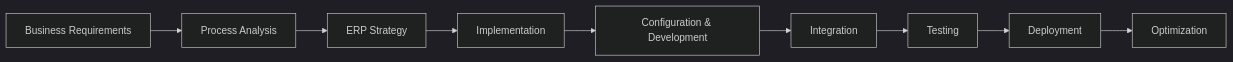
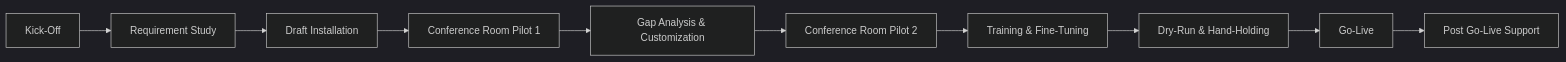
Before and after one commit to obaidmasoom/obaidmasoom: the diagram in README.md, drawn with Mermaid (dark theme). The commit also changed other lines of this file, not shown here.

````diff
--- a/README.md
+++ b/README.md
@@ -24,11 +25,12 @@
 ```mermaid
 flowchart LR
-    A[Business Requirements] --> B[Process Analysis]
-    B --> C[ERP Strategy]
-    C --> D[Implementation]
-    D --> E[Configuration & Development]
-    E --> F[Integration]
-    F --> G[Testing]
-    G --> H[Deployment]
-    H --> I[Optimization]
+    A[Kick-Off] --> B[Requirement Study]
+    B --> C[Draft Installation]
+    C --> D[Conference Room Pilot 1]
+    D --> E[Gap Analysis & Customization]
+    E --> F[Conference Room Pilot 2]
+    F --> G[Training & Fine-Tuning]
+    G --> H[Dry-Run & Hand-Holding]
+    H --> I[Go-Live]
+    I --> J[Post Go-Live Support]
 ```
````
